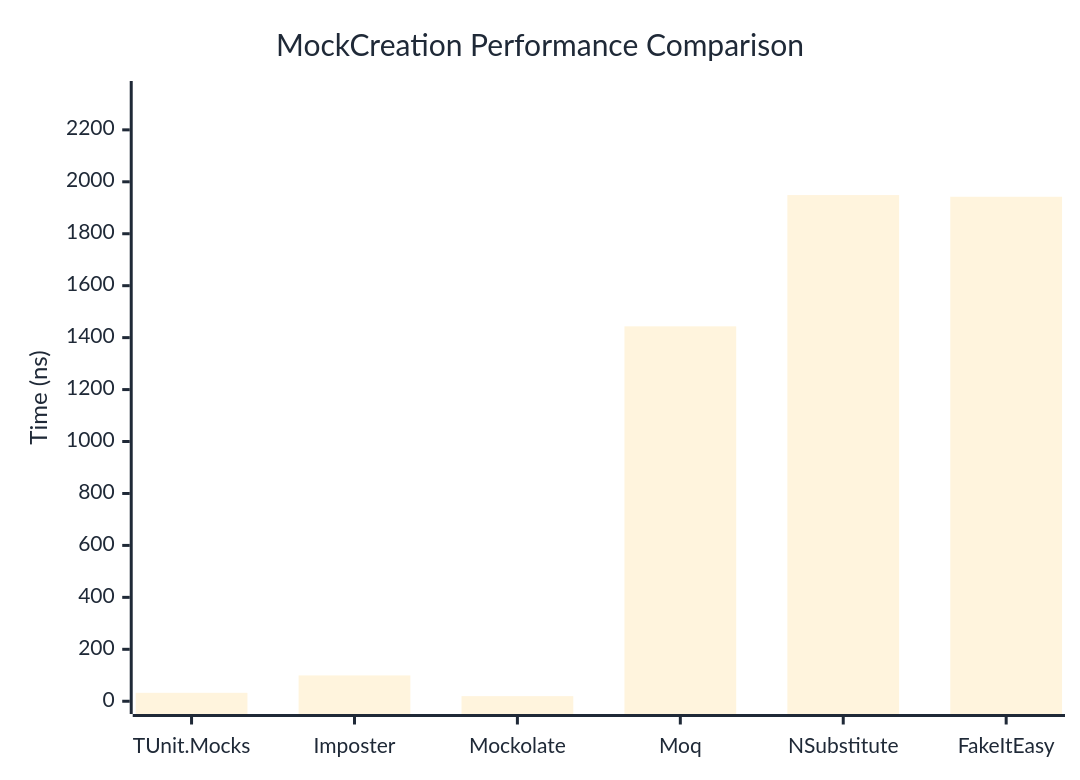
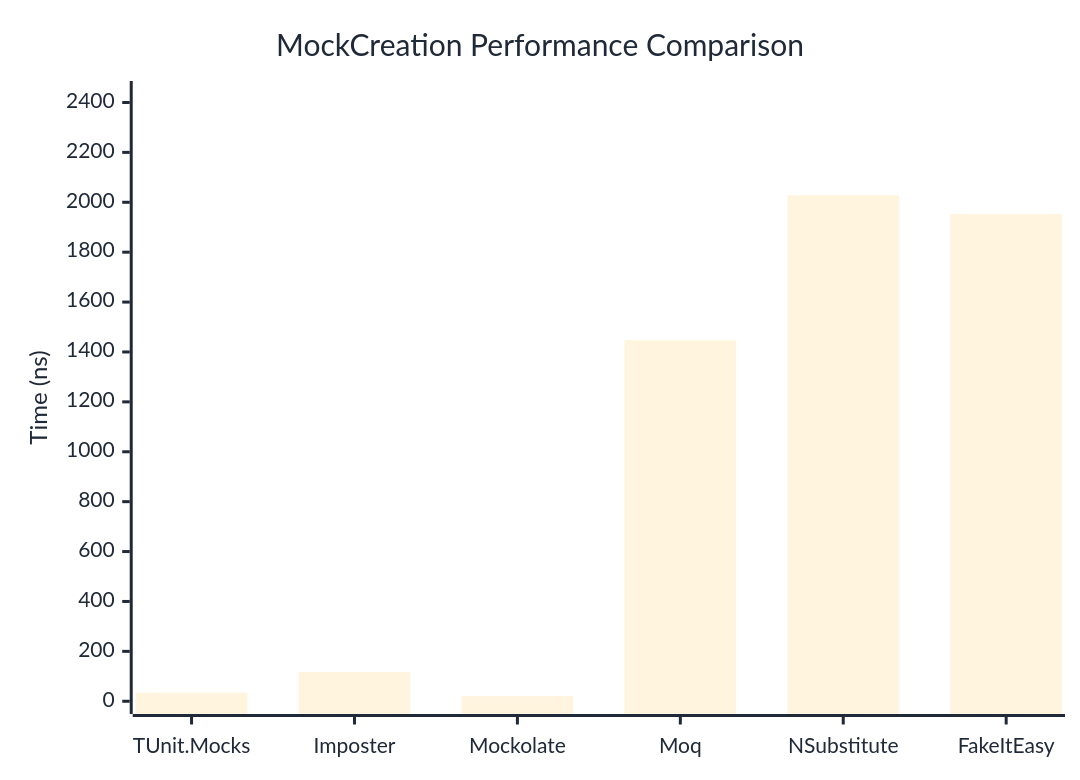
One commit to thomhurst/TUnit changed the first of 2 diagrams in docs/docs/benchmarks/mocks/MockCreation.md. Above: the diagram before and after it, drawn with Mermaid. The commit also changed other lines of this file and 14 other files, not shown here.

````diff
--- a/docs/docs/benchmarks/mocks/MockCreation.md
+++ b/docs/docs/benchmarks/mocks/MockCreation.md
@@ -30,27 +30,27 @@
 ```mermaid
 %%{init: {
   'theme':'base',
   'themeVariables': {
     'primaryColor': '#2563eb',
     'primaryTextColor': '#1f2937',
     'primaryBorderColor': '#1e40af',
     'lineColor': '#6b7280',
     'secondaryColor': '#7c3aed',
     'tertiaryColor': '#dc2626',
     'background': '#ffffff',
     'pie1': '#2563eb',
     'pie2': '#7c3aed',
     'pie3': '#dc2626',
     'pie4': '#f59e0b',
     'pie5': '#10b981',
     'pie6': '#06b6d4',
     'pie7': '#ec4899',
     'pie8': '#6366f1'
   }
 }}%%
 xychart-beta
   title "MockCreation Performance Comparison"
   x-axis ["TUnit.Mocks", "Imposter", "Mockolate", "Moq", "NSubstitute", "FakeItEasy"]
-  y-axis "Time (ns)" 0 --> 2339
-  bar [32.47, 99.45, 19.67, 1443.47, 1948.93, 1942.38]
+  y-axis "Time (ns)" 0 --> 2435
+  bar [34.11, 117.41, 20.45, 1446.83, 2028.35, 1952.4]
 ```
````
